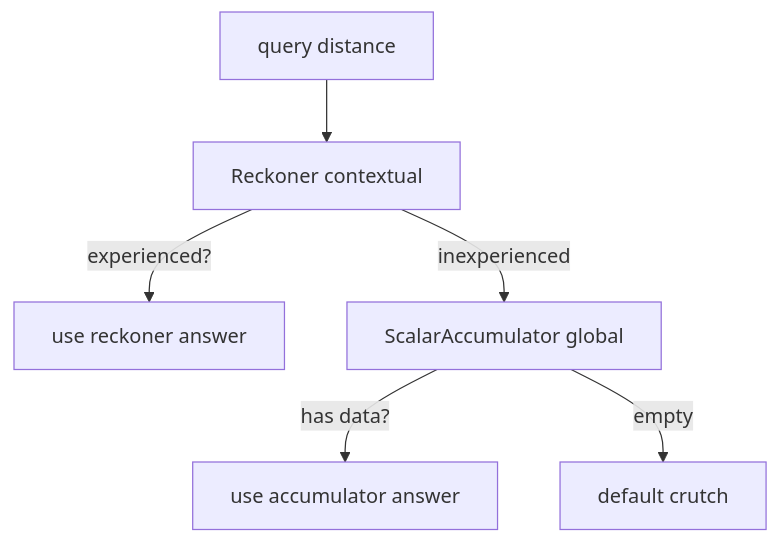
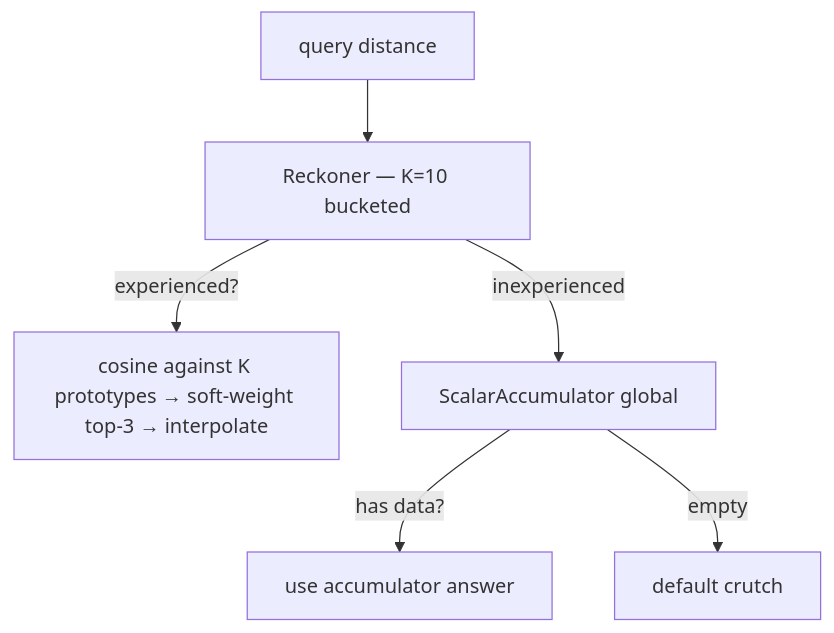
One commit to watmin/holon-lab-trading changed the seventh of 11 diagrams in wat/CIRCUIT.md. Above: the diagram before and after it, drawn with Mermaid. The commit also changed other lines of this file, not shown here.

First line of the commit message:
circuit: updated for pipes, incremental bundling, bucketed reckoners

````diff
--- a/wat/CIRCUIT.md
+++ b/wat/CIRCUIT.md
@@ -226,8 +236,8 @@
 ```mermaid
 graph TD
-    Q[query distance] --> RK[Reckoner contextual]
-    RK -->|experienced?| YES1[use reckoner answer]
+    Q[query distance] --> RK[Reckoner — K=10 bucketed]
+    RK -->|experienced?| YES1[cosine against K prototypes → soft-weight top-3 → interpolate]
     RK -->|inexperienced| SA[ScalarAccumulator global]
     SA -->|has data?| YES2[use accumulator answer]
     SA -->|empty| DEF[default crutch]
 ```
````
